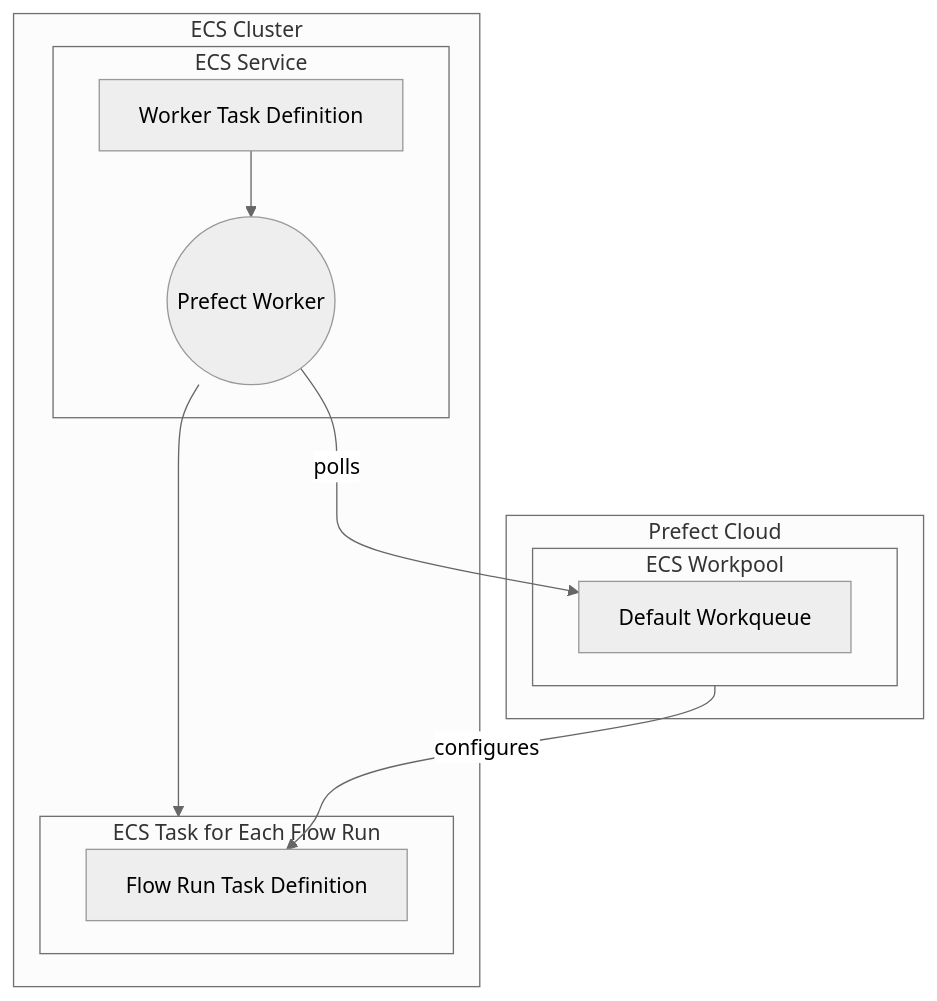
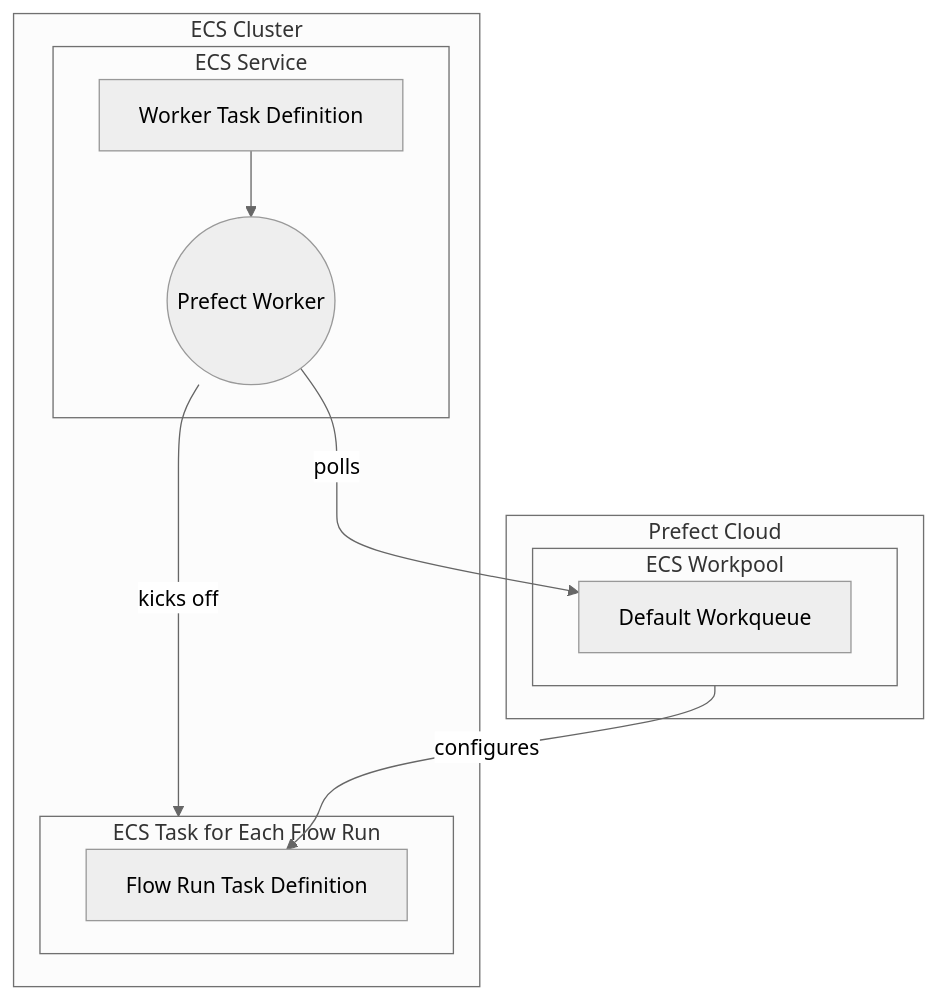
The diagram in docs/ecs_guide.md (PrefectHQ/prefect-aws), drawn with Mermaid (neutral theme) before and after one commit. The commit also changed other lines of this file, not shown here.

````diff
--- a/docs/ecs_guide.md
+++ b/docs/ecs_guide.md
@@ -6,21 +6,21 @@
 ```mermaid
 graph TB
   subgraph ecs_cluster[ECS Cluster]
     subgraph ecs_service[ECS Service]
       td_worker[Worker Task Definition] --> prefect_worker((Prefect Worker))
     end
-    prefect_worker --> ecs_task
+    prefect_worker -->|kicks off| ecs_task
     subgraph ecs_task[ECS Task for Each Flow Run]
       fr_task_definition[Flow Run Task Definition]
     end
   end
 
   subgraph prefect_cloud[Prefect Cloud]
     subgraph prefect_workpool[ECS Workpool]
       default_workqueue[Default Workqueue]
     end
   end
 
   prefect_worker -->|polls| default_workqueue
   prefect_workpool -->|configures| fr_task_definition
 ```
````
